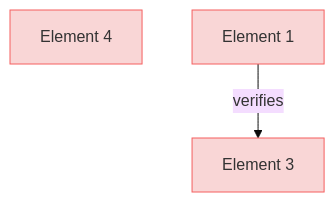
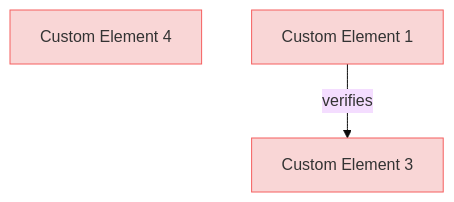
One commit to reqvire-org/reqvire changed the fifth of 5 diagrams in tests/test-diagram-generation/specifications/Requirements-with-custom-mermaid.md. Above: the diagram before and after it, drawn with Mermaid (base theme). The commit also changed other lines of this file and 28 other files, not shown here.

````diff
--- a/tests/test-diagram-generation/specifications/Requirements-with-custom-mermaid.md
+++ b/tests/test-diagram-generation/specifications/Requirements-with-custom-mermaid.md
@@ -112,19 +112,19 @@
 ```mermaid
 graph TD;
   %% Graph styling
   classDef requirement fill:#f9d6d6,stroke:#f55f5f,stroke-width:1px;
   classDef verification fill:#d6f9d6,stroke:#5fd75f,stroke-width:1px;
   classDef externalLink fill:#d0e0ff,stroke:#3080ff,stroke-width:1px;
   classDef default fill:#f5f5f5,stroke:#333333,stroke-width:1px;
 
-  3651a8aa0b["Element 4"];
-  click 3651a8aa0b "Requirements-with-custom-mermaid.md#element-4";
+  3651a8aa0b["Custom Element 4"];
+  click 3651a8aa0b "Requirements-with-custom-mermaid.md#custom-element-4";
   class 3651a8aa0b requirement;
-  87ce6a6132["Element 3"];
-  click 87ce6a6132 "Requirements-with-custom-mermaid.md#element-3";
+  87ce6a6132["Custom Element 3"];
+  click 87ce6a6132 "Requirements-with-custom-mermaid.md#custom-element-3";
   class 87ce6a6132 requirement;
-  2ac7edcf81["Element 1"];
+  2ac7edcf81["Custom Element 1"];
   class 2ac7edcf81 requirement;
-  click 2ac7edcf81 "Requirements-with-custom-mermaid.md#element-1";
+  click 2ac7edcf81 "Requirements-with-custom-mermaid.md#custom-element-1";
   2ac7edcf81 -->|verifies| 87ce6a6132;
 ```
````
